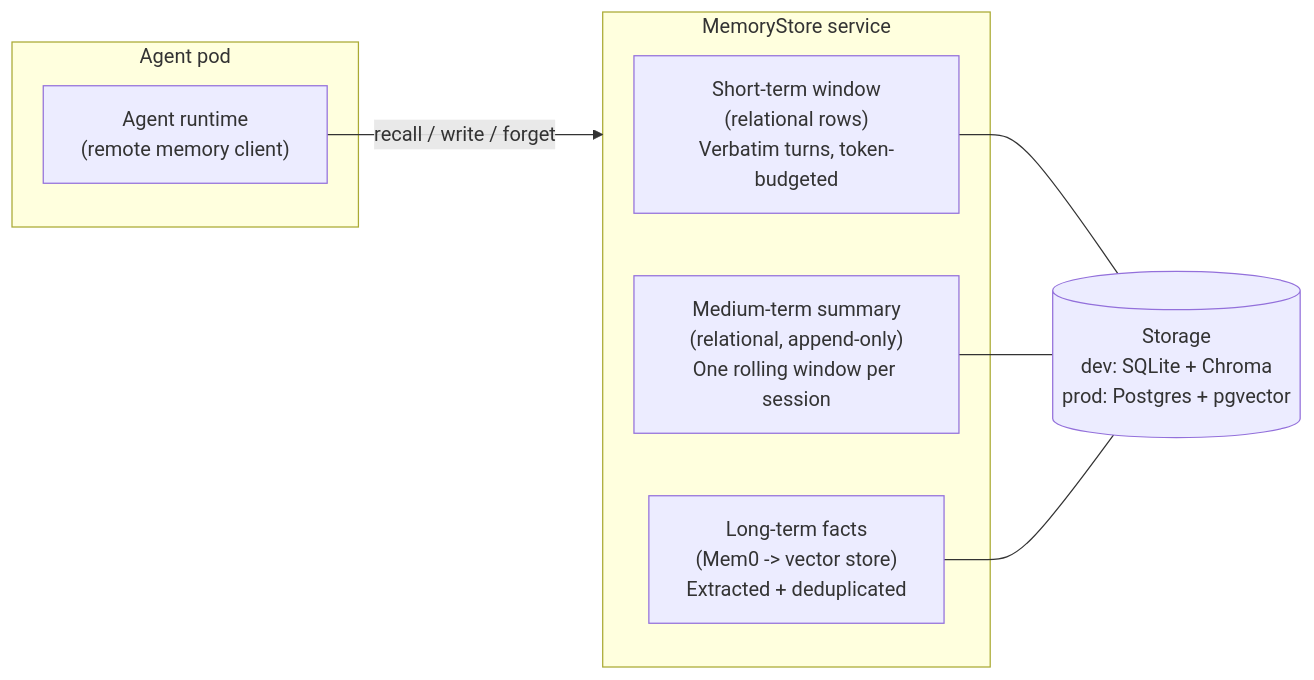
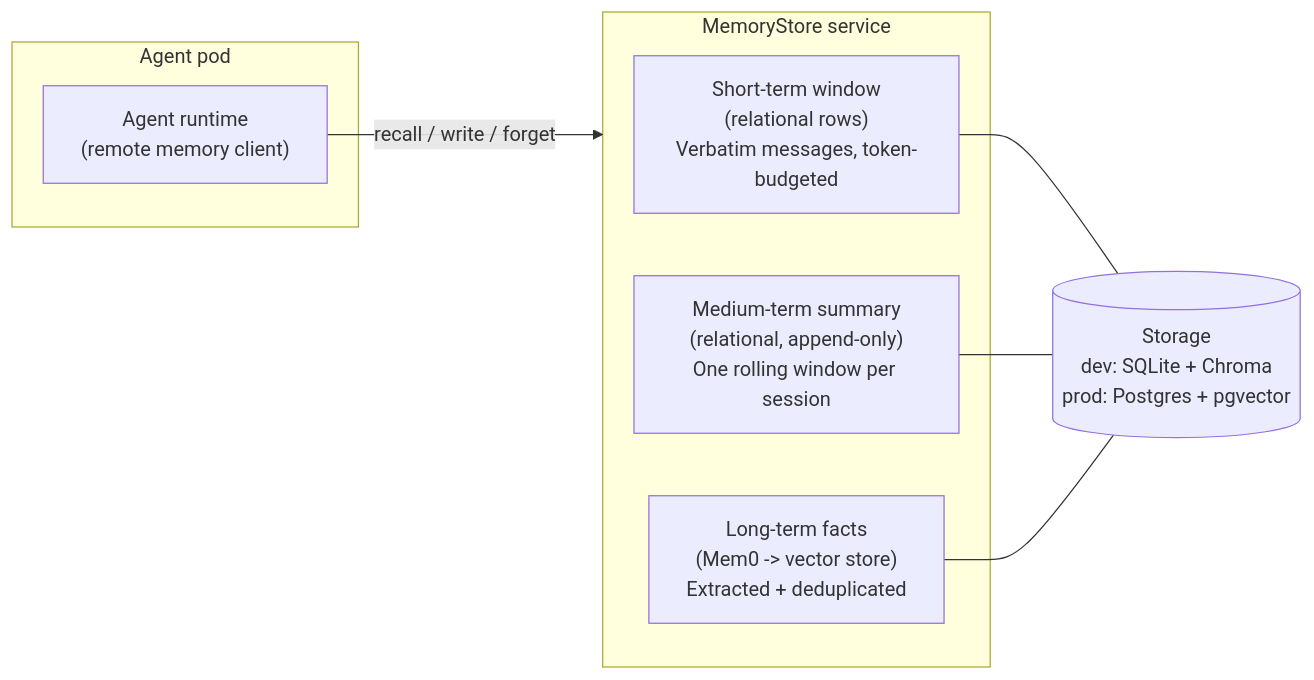
The first of 5 diagrams in memory/blog/BLOGPOST_DRAFT_PART_2.md (axsaucedo/kaos-adrs), drawn with Mermaid before and after one commit. The commit also changed other lines of this file, not shown here.

````diff
--- a/memory/blog/BLOGPOST_DRAFT_PART_2.md
+++ b/memory/blog/BLOGPOST_DRAFT_PART_2.md
@@ -62,16 +62,16 @@
 ```mermaid
 graph LR
   subgraph agent["Agent pod"]
     rt["Agent runtime<br/>(remote memory client)"]
   end
   subgraph svc["MemoryStore service"]
-    st["Short-term window<br/>(relational rows)<br/>Verbatim turns, token-budgeted"]
+    st["Short-term window<br/>(relational rows)<br/>Verbatim messages, token-budgeted"]
     mt["Medium-term summary<br/>(relational, append-only)<br/>One rolling window per session"]
     lt["Long-term facts<br/>(Mem0 -> vector store)<br/>Extracted + deduplicated"]
   end
   store[("Storage<br/>dev: SQLite + Chroma<br/>prod: Postgres + pgvector")]
   rt -->|recall / write / forget| svc
   st --- store
   mt --- store
   lt --- store
 ```
````
